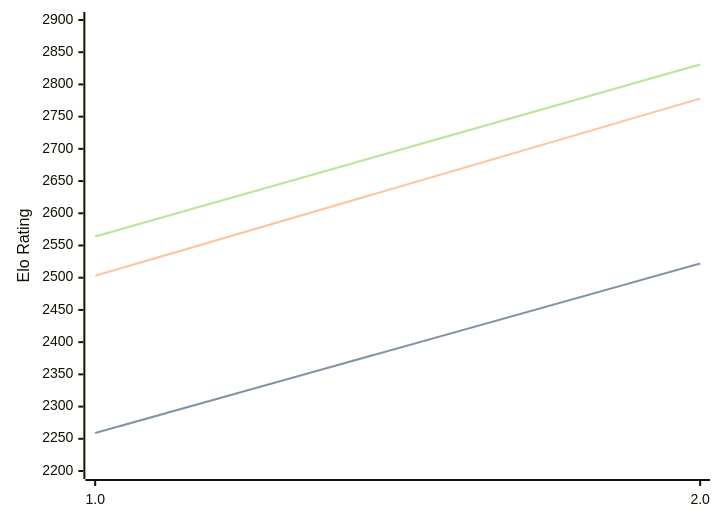
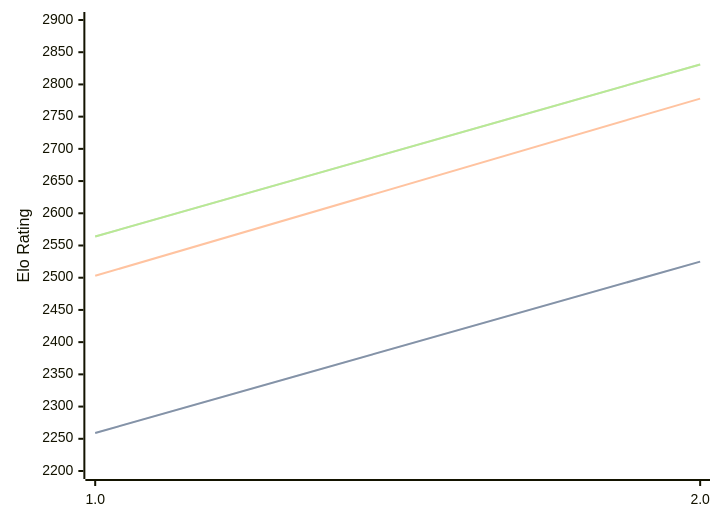
Before and after one commit to computer-chess-index/cci: the diagram in engines/Revolver.md, drawn with Mermaid. The commit also changed other lines of this file, not shown here.

````diff
--- a/engines/Revolver.md
+++ b/engines/Revolver.md
@@ -32,11 +32,11 @@
 ```mermaid
 %%{init: {"theme":"base","themeVariables":{"seriesColors:['#a3a3a3','#222221','#faa371']}}}%%
 xychart-beta
   x-axis ["1.0", "2.0"]
   y-axis "Elo Rating" 2200 --> 2900
-  line "" [2259, 2522]
-  line "STC (8.0+0.08s)" [2259, 2522]
+  line "" [2259, 2525]
+  line "STC (8.0+0.08s)" [2259, 2525]
   line "LTC (60.0+0.60s)" [2503, 2778]
   line "" [2564, 2831]
   line "VLTC (2m24s+1.12s)" [2564, 2831]
 ```
````
